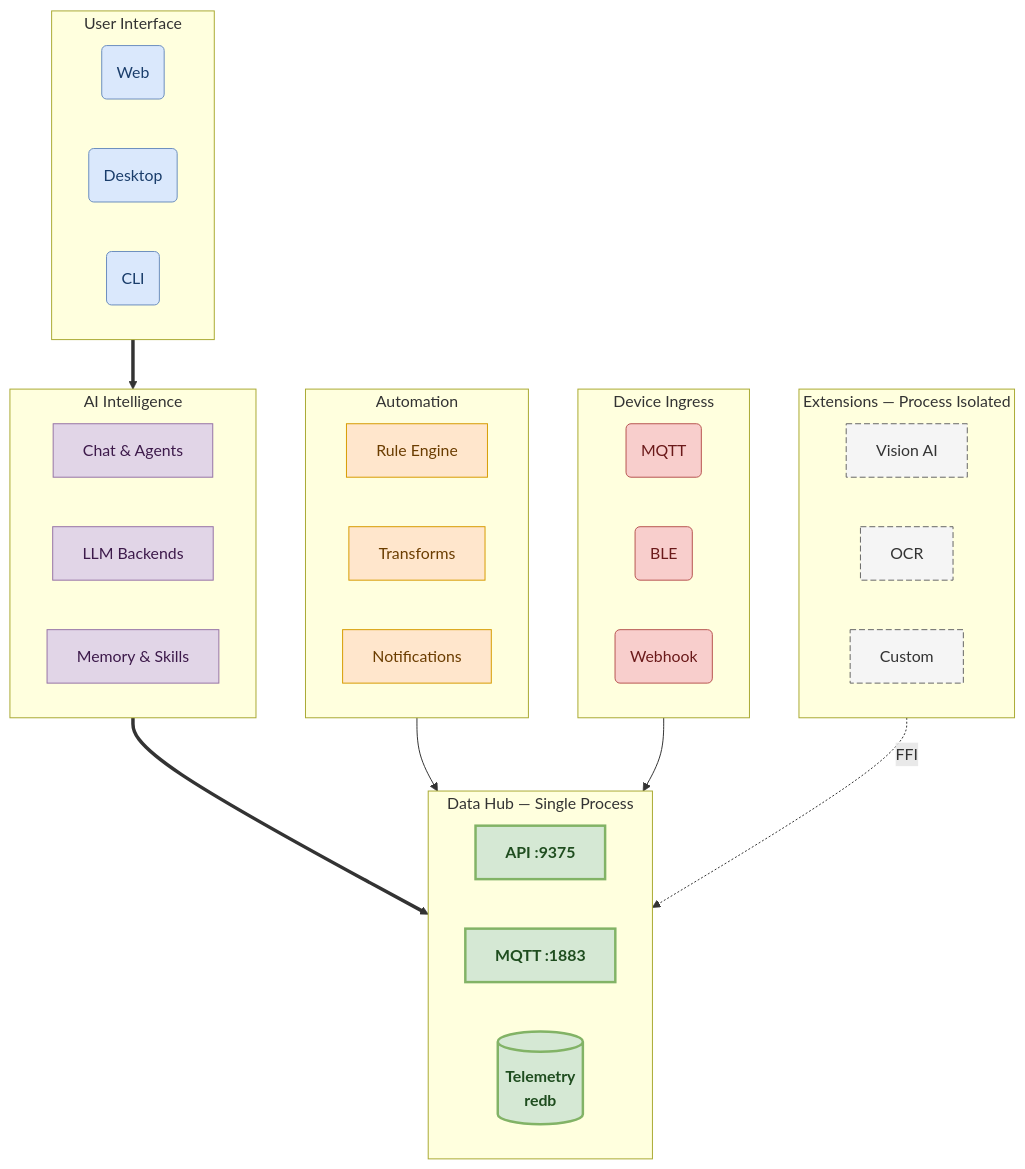
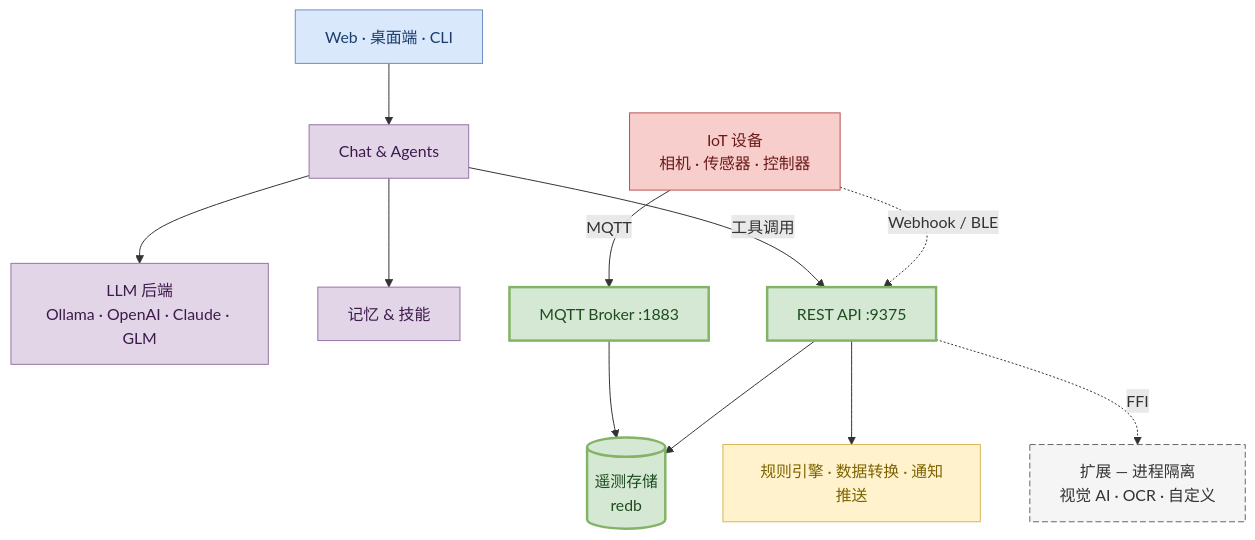
The diagram in docs/0-neomind/product-overview/1-what-is-neomind.md (luommy/wiki-documents), drawn with Mermaid before and after one commit. The commit also changed other lines of this file and 59 other files, not shown here.

````diff
--- a/docs/0-neomind/product-overview/1-what-is-neomind.md
+++ b/docs/0-neomind/product-overview/1-what-is-neomind.md
@@ -34,64 +34,43 @@
 ```mermaid
 flowchart TB
-    subgraph UI["User Interface"]
-        direction LR
-        WEB("Web")
-        DESKTOP("Desktop")
-        CLI("CLI")
-    end
+    CLIENT["Web · 桌面端 · CLI"]
+    CHAT["Chat & Agents"]
+    LLM["LLM 后端<br/>Ollama · OpenAI · Claude · GLM"]
+    MEM["记忆 & 技能"]
 
-    subgraph AI["AI Intelligence"]
-        direction LR
-        CHAT["Chat & Agents"]
-        LLM["LLM Backends"]
-        SKILLS["Memory & Skills"]
-    end
+    API["REST API :9375"]
+    MQTT["MQTT Broker :1883"]
+    STORE[("遥测存储<br/>redb")]
+    AUTO["规则引擎 · 数据转换 · 通知推送"]
 
-    subgraph AUTO["Automation"]
-        direction LR
-        RULE["Rule Engine"]
-        TRANSFORM["Transforms"]
-        NOTIFY["Notifications"]
-    end
+    EXT["扩展 — 进程隔离<br/>视觉 AI · OCR · 自定义"]
+    DEV["IoT 设备<br/>相机 · 传感器 · 控制器"]
 
-    subgraph CORE["Data Hub — Single Process"]
-        direction LR
-        API["API :9375"]
-        MQTT["MQTT :1883"]
-        STORE[("Telemetry<br/>redb")]
-    end
+    CLIENT --> CHAT
+    CHAT --> LLM
+    CHAT --> MEM
+    CHAT -->|工具调用| API
 
-    subgraph DEV["Device Ingress"]
-        direction LR
-        MQDEV("MQTT")
-        BLEDEV("BLE")
-        HOOK("Webhook")
-    end
+    DEV -->|MQTT| MQTT
+    DEV -.->|Webhook / BLE| API
 
-    subgraph EXT["Extensions — Process Isolated"]
-        direction LR
-        VISION["Vision AI"]
-        OCR["OCR"]
-        CUSTOM["Custom"]
-    end
+    MQTT --> STORE
+    API --> STORE
+    API --> AUTO
 
-    UI ==> AI
-    AI ==> CORE
-    AUTO --> CORE
-    DEV --> MQTT
-    EXT -.FFI.-> API
+    API -.->|FFI| EXT
 
-    classDef uiNode fill:#dae8fc,stroke:#6c8ebf,color:#1a3d6b
+    classDef clientNode fill:#dae8fc,stroke:#6c8ebf,color:#1a3d6b
     classDef aiNode fill:#e1d5e7,stroke:#9673a6,color:#3d1a4b
-    classDef autoNode fill:#ffe6cc,stroke:#d79b00,color:#6b3d00
-    classDef coreNode fill:#d5e8d4,stroke:#82b366,stroke-width:2.5px,font-weight:bold,color:#1f4d1f
+    classDef coreNode fill:#d5e8d4,stroke:#82b366,stroke-width:2.5px,color:#1f4d1f
+    classDef autoNode fill:#fff2cc,stroke:#d6b656,color:#7d6400
+    classDef extNode fill:#f5f5f5,stroke:#666,stroke-dasharray:6 3,color:#333
     classDef devNode fill:#f8cecc,stroke:#b85450,color:#6b1a1a
-    classDef extNode fill:#f5f5f5,stroke:#666,stroke-dasharray:6 3,color:#333
 
-    class WEB,DESKTOP,CLI uiNode
-    class CHAT,LLM,SKILLS aiNode
-    class RULE,TRANSFORM,NOTIFY autoNode
+    class CLIENT clientNode
+    class CHAT,LLM,MEM aiNode
     class API,MQTT,STORE coreNode
-    class MQDEV,BLEDEV,HOOK devNode
-    class VISION,OCR,CUSTOM extNode
+    class AUTO autoNode
+    class EXT extNode
+    class DEV devNode
 ```
````
